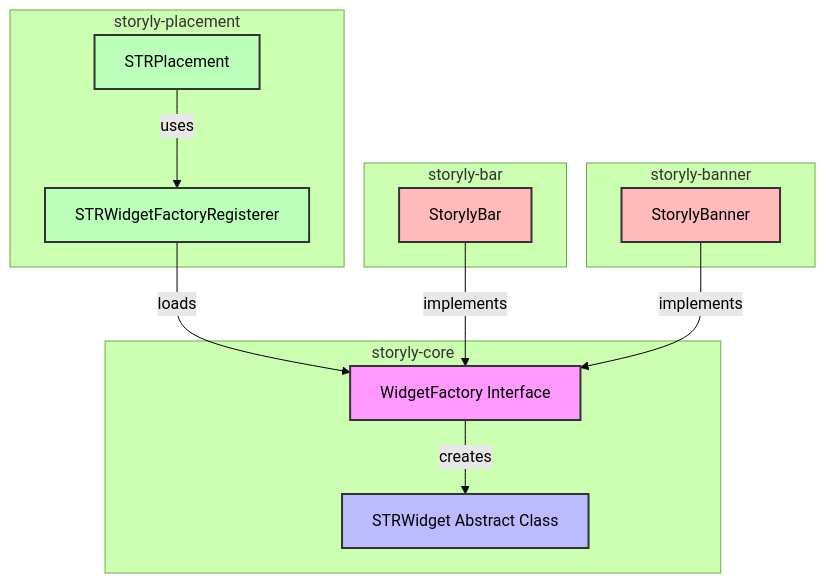
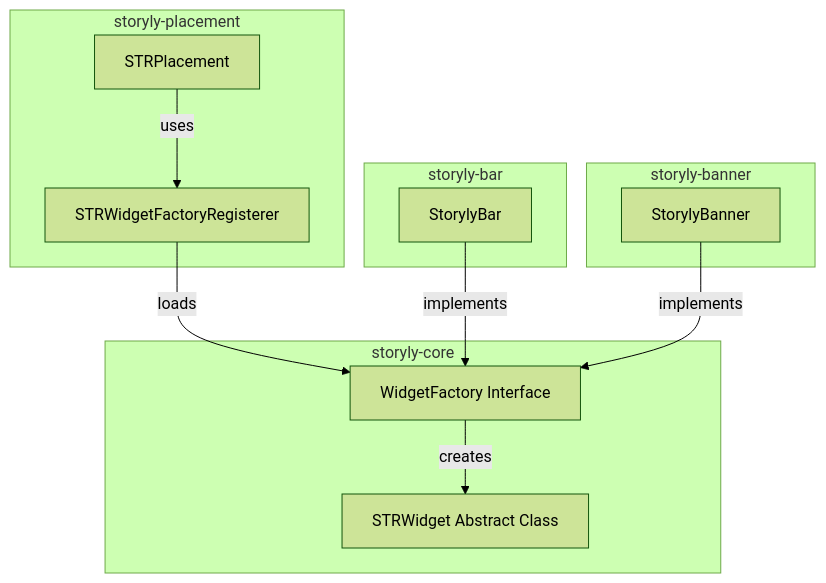
Before and after one commit to hmelihf/android-modules: the diagram in README.md, drawn with Mermaid (forest theme).

````diff
--- a/README.md
+++ b/README.md
@@ -3,33 +3,27 @@
 ```mermaid
 ---
 config:
   layout: dagre
 ---
 flowchart TD
  subgraph s1["storyly-core"]
         A["WidgetFactory Interface"]
         B["STRWidget Abstract Class"]
   end
  subgraph s2["storyly-placement"]
         C["STRPlacement"]
         D["STRWidgetFactoryRegisterer"]
   end
  subgraph s3["storyly-bar"]
         E["StorylyBar"]
   end
  subgraph s4["storyly-banner"]
         F["StorylyBanner"]
   end
     A -- creates --> B
     C -- uses --> D
     D -- loads --> A
     E -- implements --> A
     F -- implements --> A
-    style A fill:#f9f,stroke:#333,stroke-width:2px
-    style B fill:#bbf,stroke:#333,stroke-width:2px
-    style C fill:#bfb,stroke:#333,stroke-width:2px
-    style D fill:#bfb,stroke:#333,stroke-width:2px
-    style E fill:#fbb,stroke:#333,stroke-width:2px
-    style F fill:#fbb,stroke:#333,stroke-width:2px
 
 ```
````
